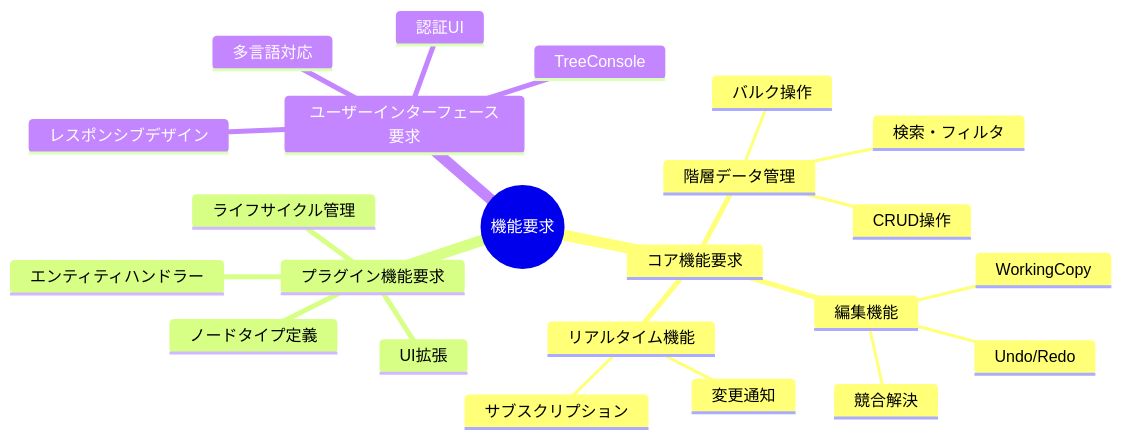
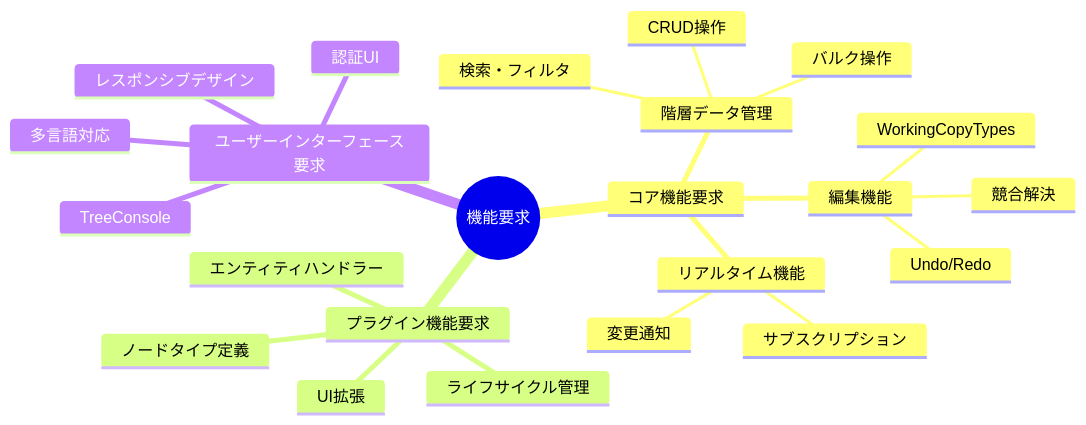
Before and after one commit to kubohiroya/hierarchidb: the first of 28 diagrams in docs/DEVELOPER_REPORT_COMPREHENSIVE/02_REQUIREMENTS_SPECIFICATION.md, drawn with Mermaid. The commit also changed other lines of this file and 452 other files, not shown here.

````diff
--- a/docs/DEVELOPER_REPORT_COMPREHENSIVE/02_REQUIREMENTS_SPECIFICATION.md
+++ b/docs/DEVELOPER_REPORT_COMPREHENSIVE/02_REQUIREMENTS_SPECIFICATION.md
@@ -7,26 +7,26 @@
 ```mermaid
 mindmap
   root((機能要求))
     コア機能要求
       階層データ管理
         CRUD操作
         バルク操作
         検索・フィルタ
       編集機能
-        WorkingCopy
+        WorkingCopyTypes
         Undo/Redo
         競合解決
       リアルタイム機能
         変更通知
         サブスクリプション
     プラグイン機能要求
       ノードタイプ定義
       エンティティハンドラー
       ライフサイクル管理
       UI拡張
     ユーザーインターフェース要求
       TreeConsole
       認証UI
       多言語対応
       レスポンシブデザイン
 ```
````
